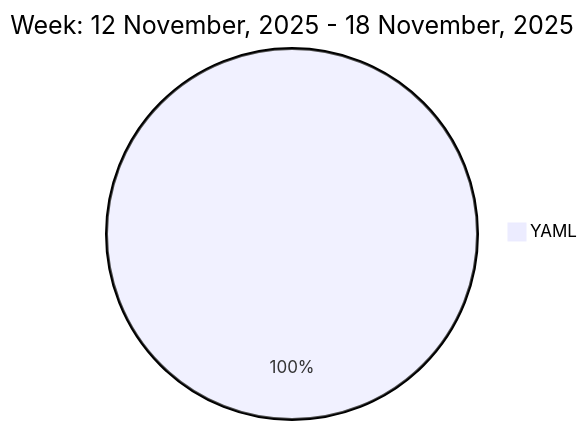
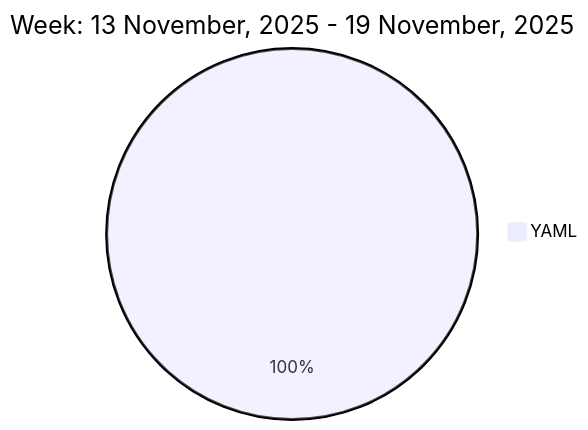
The diagram in README.md (liubin95/liubin95), drawn with Mermaid before and after one commit.

Commit message:
Updated the Graph with new Metrics

````diff
--- a/README.md
+++ b/README.md
@@ -37,5 +37,5 @@
 ```mermaid
  pie
-title Week: 12 November, 2025 - 18 November, 2025
+title Week: 13 November, 2025 - 19 November, 2025
  "YAML" : 1.18
 ```
````
